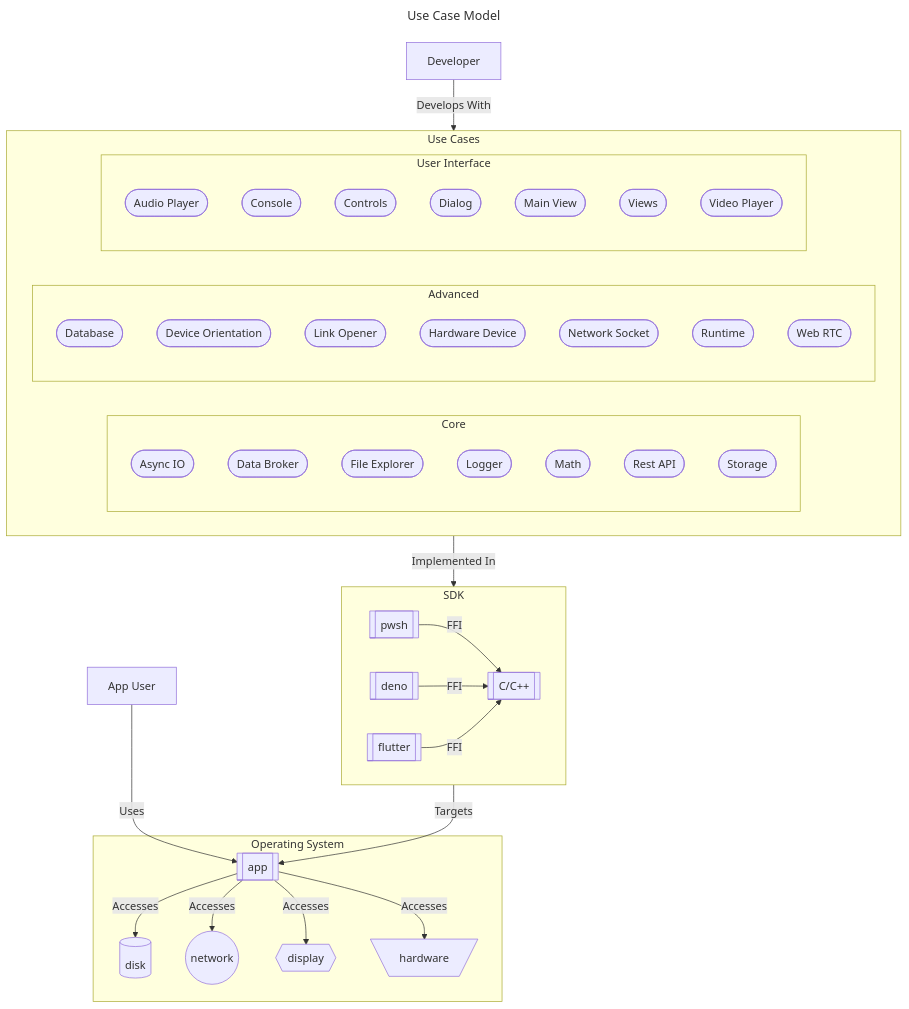
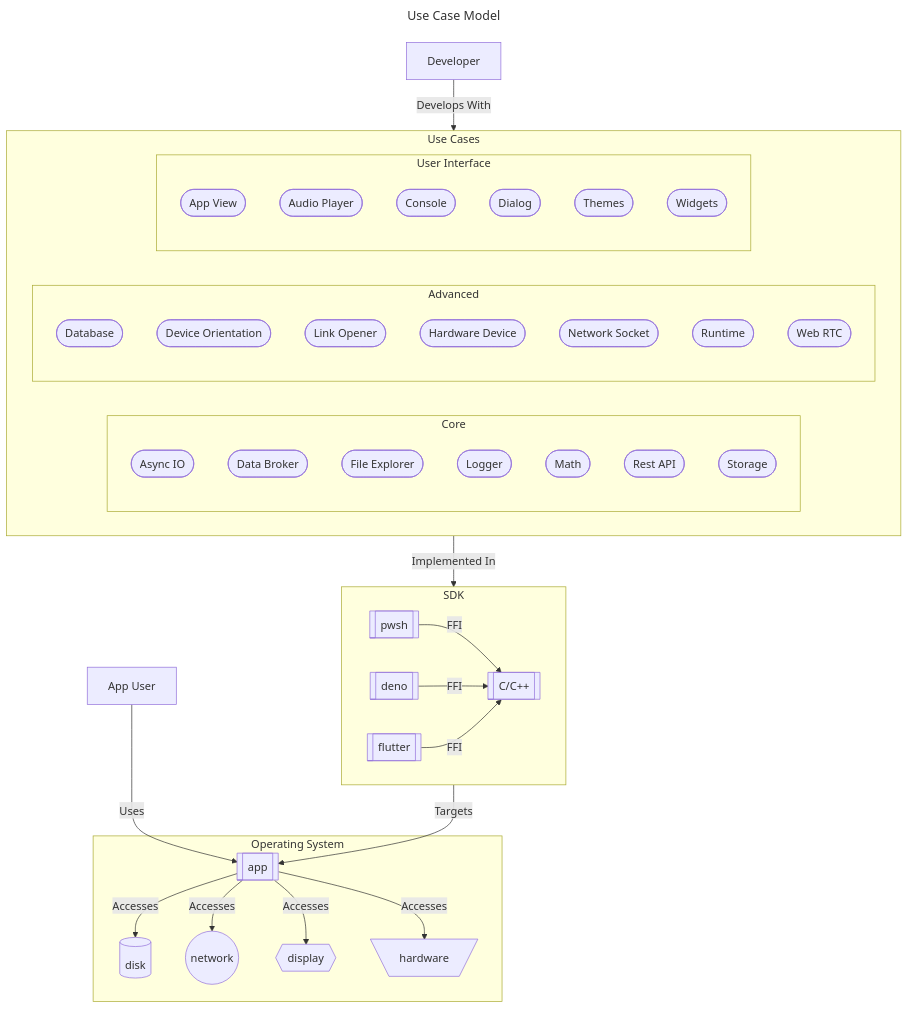
The diagram in README.md (CodeMelted/codemelted_developer), drawn with Mermaid before and after one commit. The commit also changed other lines of this file and 8 other files, not shown here.

````diff
--- a/README.md
+++ b/README.md
@@ -29,59 +29,58 @@
 ```mermaid
 ---
 title: Use Case Model
 ---
 flowchart TD
     subgraph ucModel[Use Cases]
         subgraph Core
             ucAsyncIO([Async IO])
             ucDataBroker([Data Broker])
             ucFileExplorer([File Explorer])
             ucLogger([Logger])
             ucMath([Math])
             ucRestAPI([Rest API])
             ucStorage([Storage])
         end
         subgraph Advanced
             ucDatabase([Database])
             ucDeviceOrientation([Device Orientation])
             ucLinkOpener([Link Opener])
             ucHardwareDevice([Hardware Device])
             ucNetworkSocket([Network Socket])
             ucRuntime([Runtime])
             ucWebRTC([Web RTC])
         end
         subgraph User Interface
+            ucAppView([App View])
             ucAudio([Audio Player])
             ucConsole([Console])
-            ucControls([Controls])
             ucDialog([Dialog])
-            ucMainView([Main View])
-            ucViews([Views])
-            ucVideoPlayer([Video Player])
+            ucThemes([Themes])
+            ucWidgets([Widgets])
         end
     end
     subgraph sdk[SDK]
         pwsh[[pwsh]]
         deno[[deno]]
         flutter[[flutter]]
         C[[C/C++]]
     end
     subgraph os[Operating System]
         app[[app]]
         disk[(disk)]
         network((network))
         display{{display}}
         hardware[\hardware/]
     end
     Developer--Develops With-->ucModel
     pwsh--FFI-->C
     deno--FFI-->C
     flutter--FFI-->C
     ucModel--Implemented In-->sdk
     sdk--Targets-->app
     app--Accesses-->disk
     app--Accesses-->network
     app--Accesses-->display
     app--Accesses-->hardware
     appUser[App User]--Uses-->app
 ```
````
